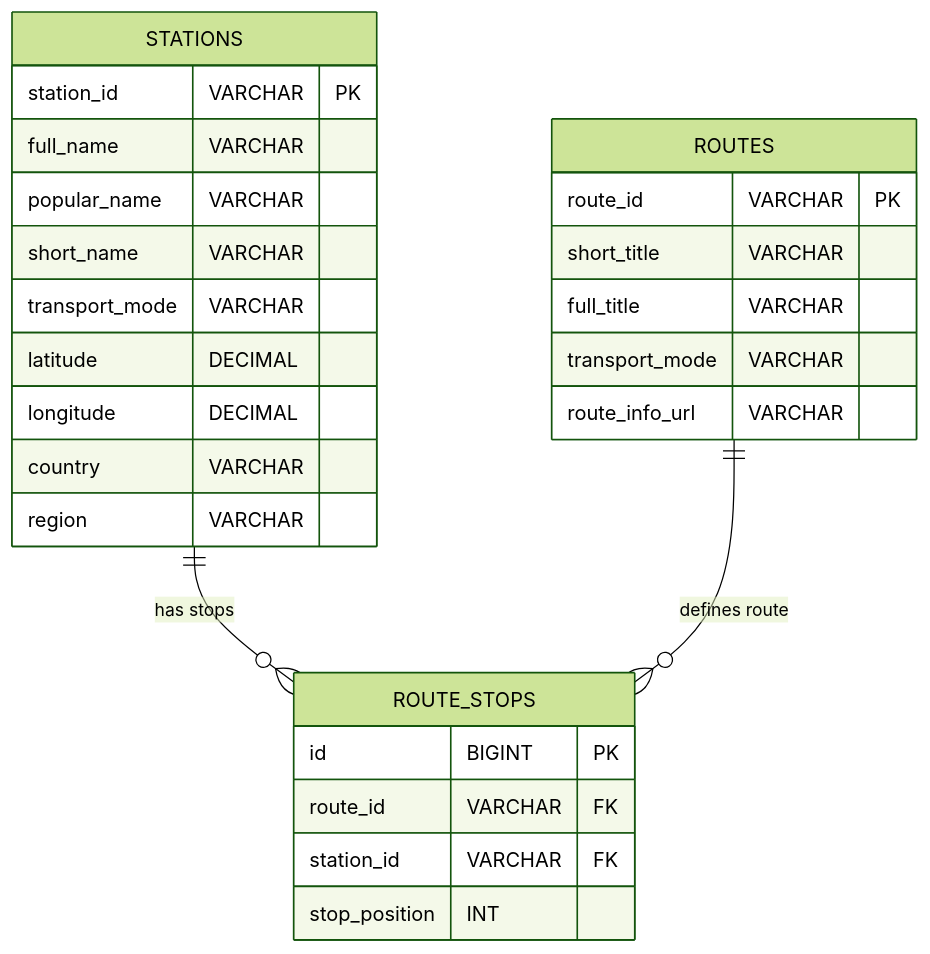
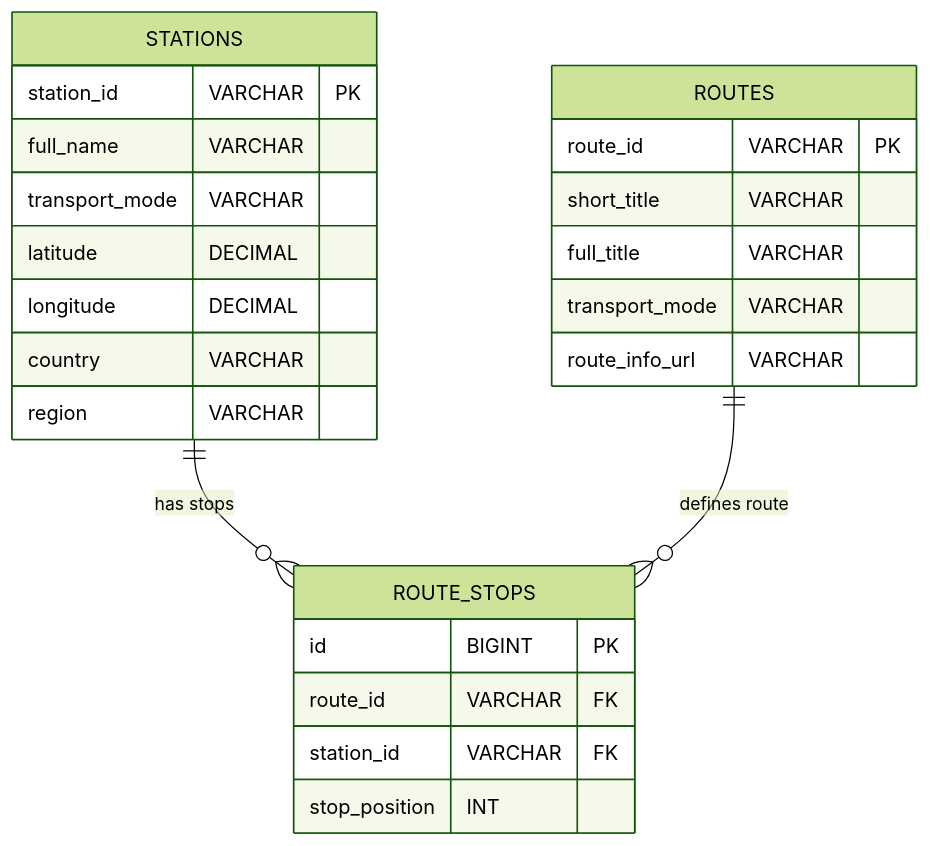
The third of 3 diagrams in docs/apiToModelTransformation.md (stone-w4tch3r/where2), drawn with Mermaid (forest theme) before and after one commit. The commit also changed other lines of this file and 5 other files, not shown here.

Commit message:
remove popular/short name from station

````diff
--- a/docs/apiToModelTransformation.md
+++ b/docs/apiToModelTransformation.md
@@ -96,31 +96,29 @@
 ```mermaid
 erDiagram
     %% === Tables ===
     STATIONS {
       station_id         VARCHAR PK
       full_name             VARCHAR
-      popular_name          VARCHAR
-      short_name            VARCHAR
       transport_mode        VARCHAR
       latitude              DECIMAL
       longitude             DECIMAL
       country               VARCHAR
       region                VARCHAR
     }
     ROUTES {
       route_id           VARCHAR PK
       short_title           VARCHAR
       full_title            VARCHAR
       transport_mode        VARCHAR
       route_info_url        VARCHAR
     }
     ROUTE_STOPS {
       id                  BIGINT PK
       route_id           VARCHAR FK
       station_id         VARCHAR FK
       stop_position         INT
     }
     %% === Relationships ===
     STATIONS ||--o{ ROUTE_STOPS : "has stops"
     ROUTES   ||--o{ ROUTE_STOPS : "defines route"
 ```
````
